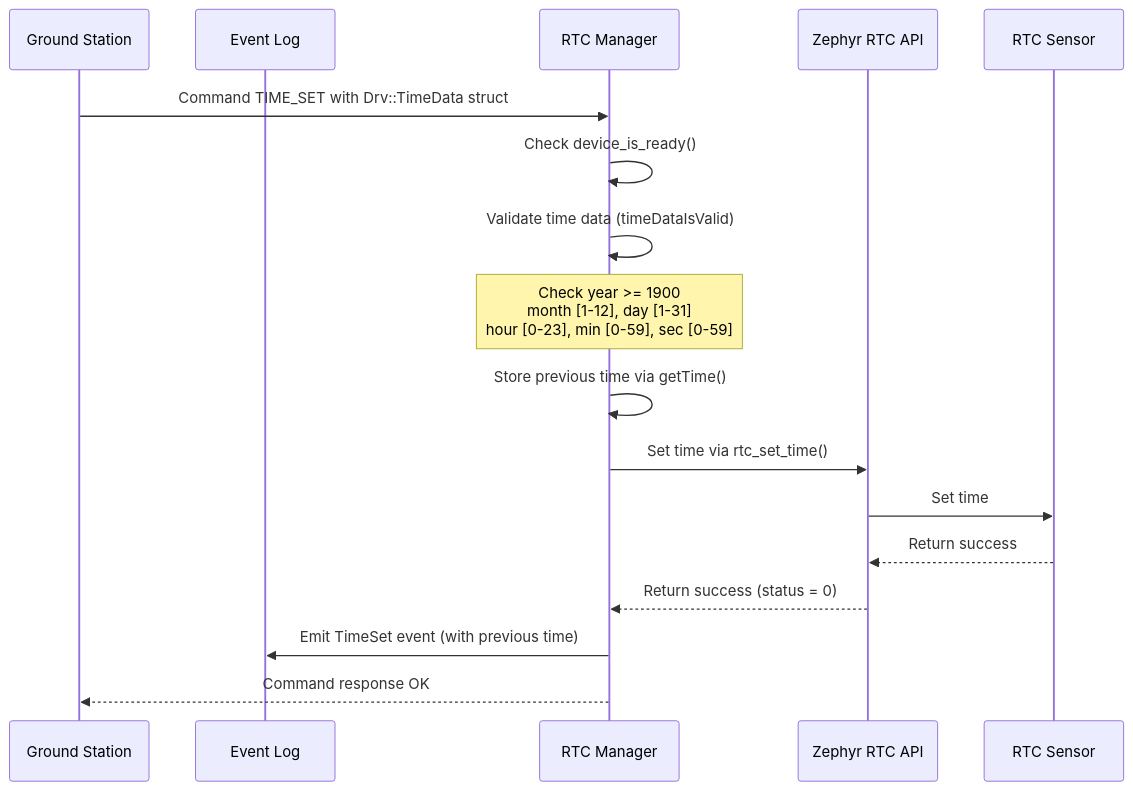
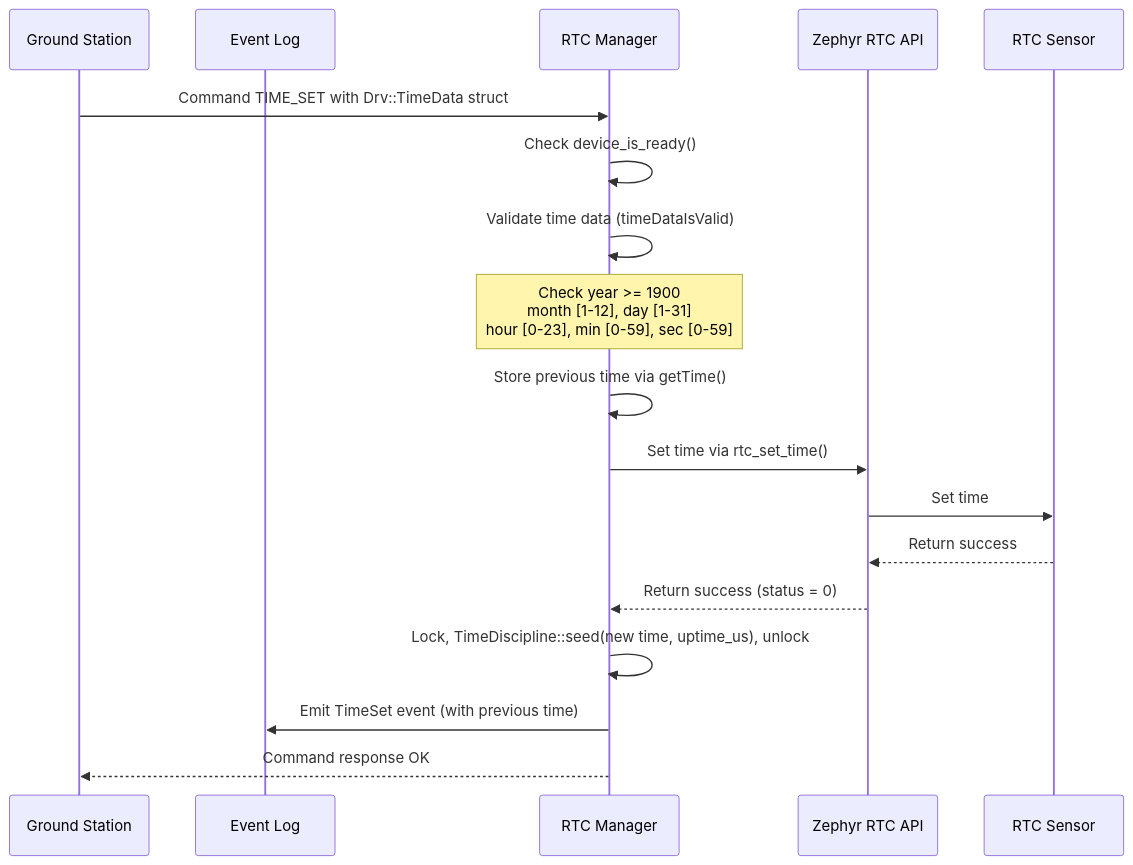
Before and after one commit to Open-Source-Space-Foundation/proves-core-reference: the seventh of 18 diagrams in PROVESFlightControllerReference/Components/Drv/RtcManager/docs/sdd.md, drawn with Mermaid. The commit also changed other lines of this file and 18 other files, not shown here.

Commit message:
feat(rtc): time offset disciplined by the RTC update interrupt (#525)

````diff
--- a/PROVESFlightControllerReference/Components/Drv/RtcManager/docs/sdd.md
+++ b/PROVESFlightControllerReference/Components/Drv/RtcManager/docs/sdd.md
@@ -312,20 +409,21 @@
 ```mermaid
 sequenceDiagram
     participant Ground Station
     participant Event Log
     participant RTC Manager
     participant Zephyr RTC API
     participant RTC Sensor
 
     Ground Station->>RTC Manager: Command TIME_SET with Drv::TimeData struct
     RTC Manager->>RTC Manager: Check device_is_ready()
     RTC Manager->>RTC Manager: Validate time data (timeDataIsValid)
     Note over RTC Manager: Check year >= 1900<br/>month [1-12], day [1-31]<br/>hour [0-23], min [0-59], sec [0-59]
     RTC Manager->>RTC Manager: Store previous time via getTime()
     RTC Manager->>Zephyr RTC API: Set time via rtc_set_time()
     Zephyr RTC API->>RTC Sensor: Set time
     RTC Sensor-->>Zephyr RTC API: Return success
     Zephyr RTC API-->>RTC Manager: Return success (status = 0)
+    RTC Manager->>RTC Manager: Lock, TimeDiscipline::seed(new time, uptime_us), unlock
     RTC Manager->>Event Log: Emit TimeSet event (with previous time)
     RTC Manager-->>Ground Station: Command response OK
 ```
````
